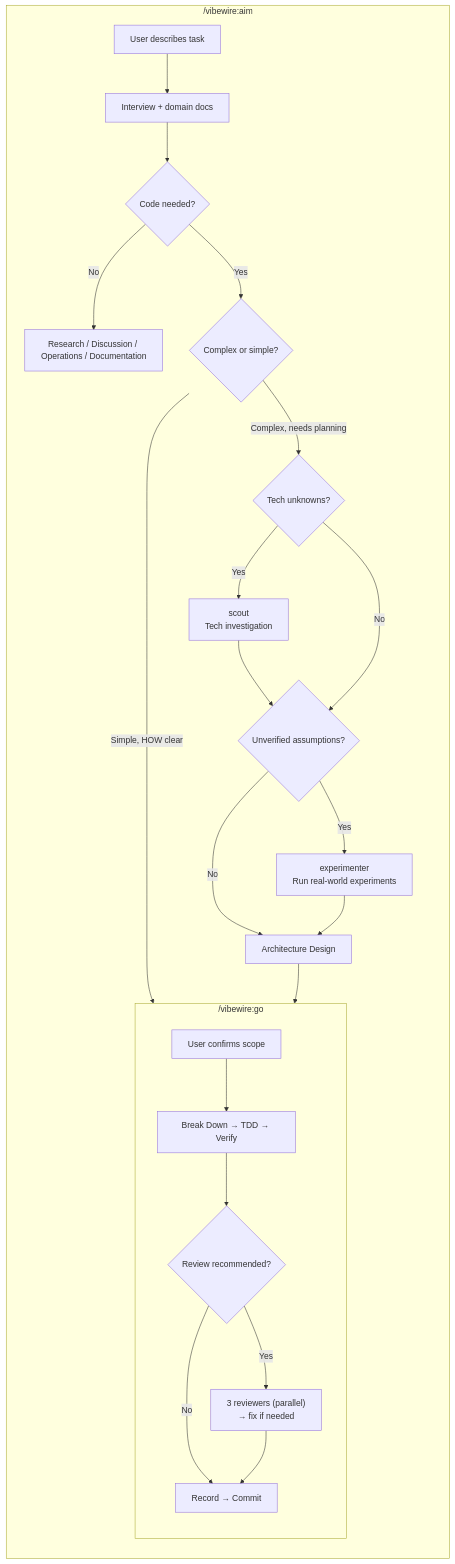
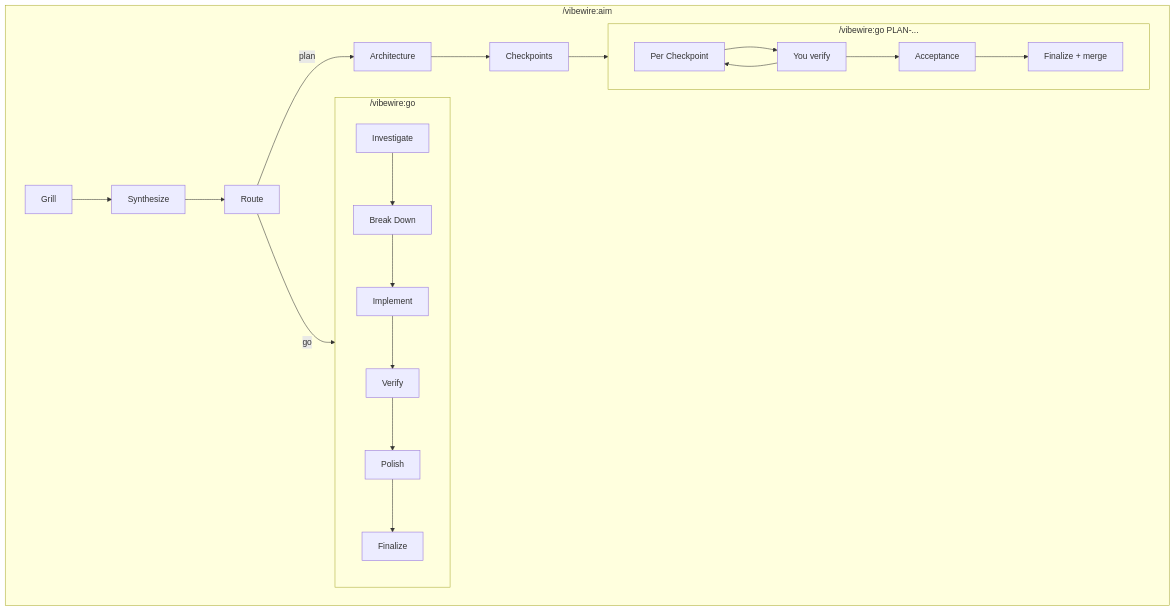
One commit to owniai/vibewire changed the diagram in README.md. Above: the diagram before and after it, drawn with Mermaid. The commit also changed other lines of this file and 13 other files, not shown here.

Commit message:
v0.14.0: tighten aim/go routing and PLAN execution after skill review

````diff
--- a/README.md
+++ b/README.md
@@ -145,33 +148,26 @@
 ```mermaid
 flowchart TD
     subgraph aim["/vibewire:aim"]
-        direction TB
-        A0[User describes task] --> A1[Interview + domain docs]
-        A1 --> A2{Code needed?}
-        A2 -- No --> A3["Research / Discussion / Operations / Documentation"]
-        A2 -- Yes --> A4{Complex or simple?}
-        A4 -- Complex, needs planning --> A5{Tech unknowns?}
-        A4 -- Simple, HOW clear --> goflow
-
-        A5 -- Yes --> A6["scout
-        Tech investigation"]
-        A6 --> A7{Unverified assumptions?}
-        A5 -- No --> A7
-        A7 -- Yes --> A8["experimenter
-        Run real-world experiments"]
-        A7 -- No --> A9[Architecture Design]
-        A8 --> A9
+        A1[Grill] --> A2[Synthesize]
+        A2 --> A3[Route]
+        A3 -->|go| goAdhoc
+        A3 -->|plan| P1[Architecture]
+        P1 --> P2[Checkpoints]
+        P2 --> goPlan
     end
 
-    A9 --> goflow
+    subgraph goAdhoc["/vibewire:go"]
+        G1[Investigate] --> G2[Break Down]
+        G2 --> G3[Implement]
+        G3 --> G4[Verify]
+        G4 --> G5[Polish]
+        G5 --> G6[Finalize]
+    end
 
-    subgraph goflow["/vibewire:go"]
-        direction TB
-        S0[User confirms scope] --> S1["Break Down → TDD → Verify"]
-        S1 --> S2{Review recommended?}
-        S2 -- Yes --> S3["3 reviewers (parallel)
-        → fix if needed"]
-        S2 -- No --> S4[Record → Commit]
-        S3 --> S4
+    subgraph goPlan["/vibewire:go PLAN-..."]
+        C1[Per Checkpoint] --> C2[You verify]
+        C2 --> C1
+        C2 --> C3[Acceptance]
+        C3 --> C4[Finalize + merge]
     end
 ```
````
